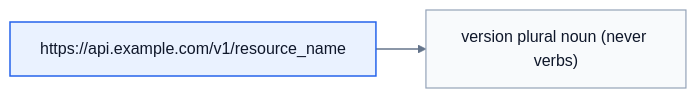
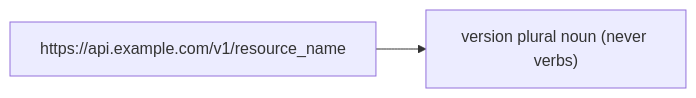
One commit to shivaram0583/system-design changed the second of 3 diagrams in 06-interview-prep/05-api-design.md. Above: the diagram before and after it, drawn with Mermaid. The commit also changed 64 other files, not shown here.

````diff
--- a/06-interview-prep/05-api-design.md
+++ b/06-interview-prep/05-api-design.md
@@ -36,11 +36,6 @@
 ```mermaid
 flowchart LR
-    classDef primary fill:#eaf2ff,stroke:#2563eb,stroke-width:1.5px,color:#0f172a;
-    classDef secondary fill:#f8fafc,stroke:#94a3b8,stroke-width:1.2px,color:#0f172a;
-    linkStyle default stroke:#64748b,stroke-width:1.3px;
     N0["https://api.example.com/v1/resource_name"]
-    class N0 primary
     N1["version plural noun (never verbs)"]
-    class N1 secondary
     N0 --> N1
 ```
````
